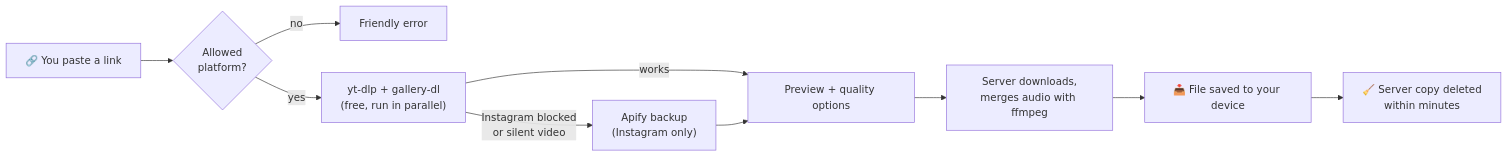
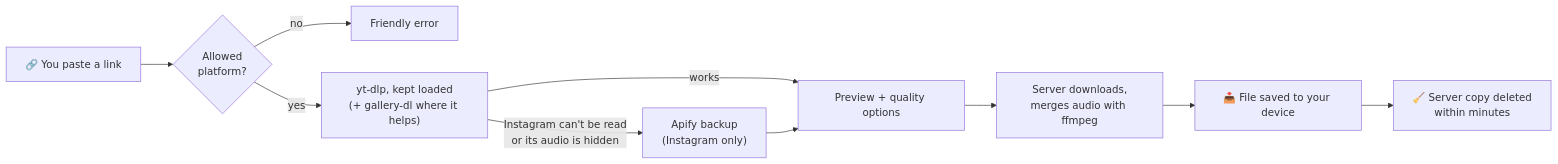
One commit to w1tneess/aperture changed the diagram in README.md. Above: the diagram before and after it, drawn with Mermaid. The commit also changed other lines of this file, not shown here.

First line of the commit message:
README: document faster lookups and logged-out Instagram photos

````diff
--- a/README.md
+++ b/README.md
@@ -108,12 +109,12 @@
 ```mermaid
 flowchart LR
     A["🔗 You paste a link"] --> B{"Allowed<br>platform?"}
     B -- no --> X["Friendly error"]
-    B -- yes --> C["yt-dlp + gallery-dl<br>(free, run in parallel)"]
+    B -- yes --> C["yt-dlp, kept loaded<br>(+ gallery-dl where it helps)"]
     C -- "works" --> D["Preview + quality options"]
-    C -- "Instagram blocked<br>or silent video" --> E["Apify backup<br>(Instagram only)"]
+    C -- "Instagram can't be read<br>or its audio is hidden" --> E["Apify backup<br>(Instagram only)"]
     E --> D
     D --> F["Server downloads,<br>merges audio with ffmpeg"]
     F --> G["📥 File saved to your device"]
     G --> H["🧹 Server copy deleted<br>within minutes"]
 ```
````
